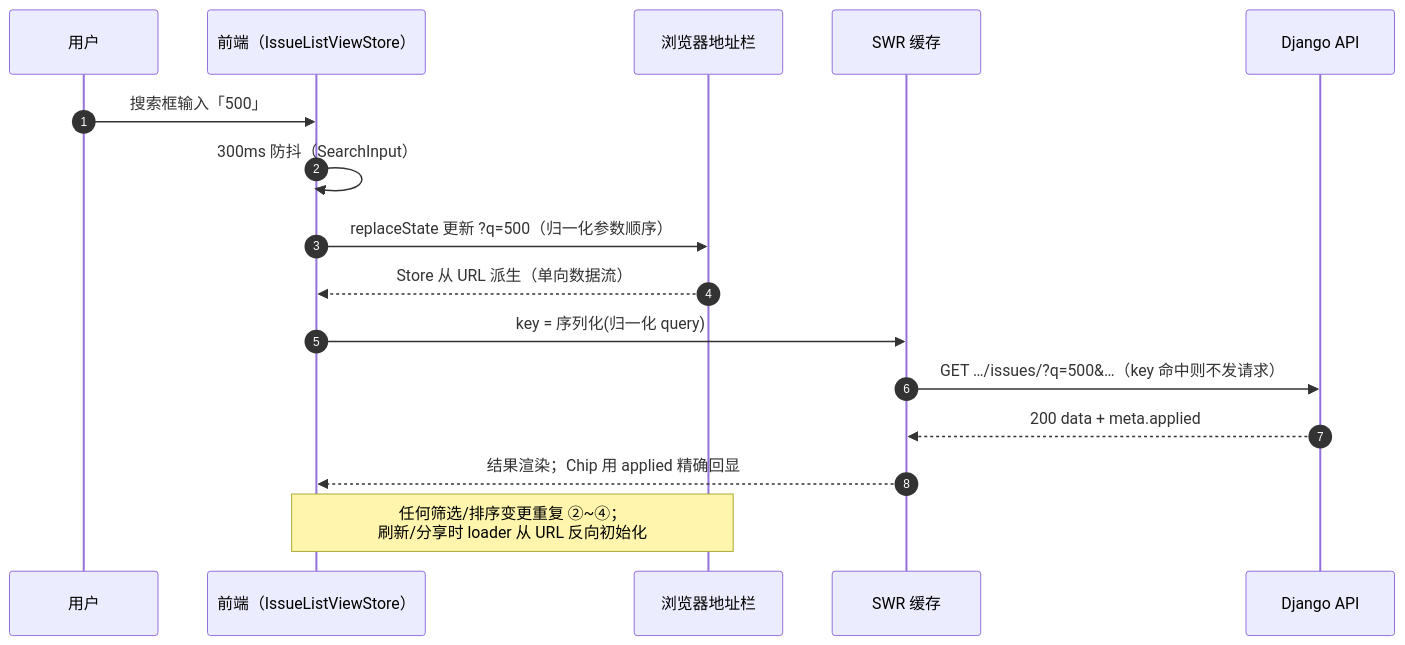
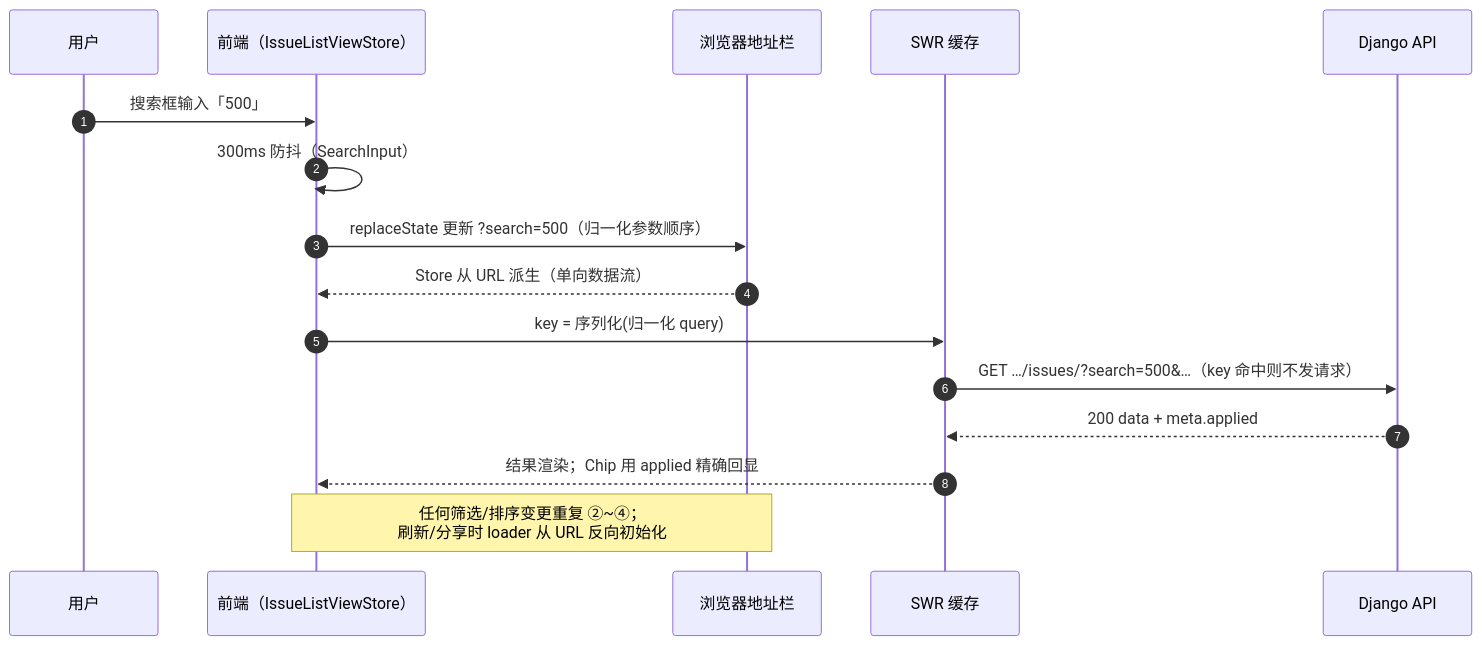
Before and after one commit to RabbitAI-Lab/RabbitProjects: the second of 3 diagrams in docs/sprint-1-mvp/TASK-003-list-filter-sort.md, drawn with Mermaid. The commit also changed other lines of this file and 11 other files, not shown here.

````diff
--- a/docs/sprint-1-mvp/TASK-003-list-filter-sort.md
+++ b/docs/sprint-1-mvp/TASK-003-list-filter-sort.md
@@ -149,19 +149,19 @@
 ```mermaid
 sequenceDiagram
     autonumber
     participant U as 用户
     participant FE as 前端（IssueListViewStore）
     participant URL as 浏览器地址栏
     participant SWR as SWR 缓存
     participant API as Django API
 
     U->>FE: 搜索框输入「500」
     FE->>FE: 300ms 防抖（SearchInput）
-    FE->>URL: replaceState 更新 ?q=500（归一化参数顺序）
+    FE->>URL: replaceState 更新 ?search=500（归一化参数顺序）
     URL-->>FE: Store 从 URL 派生（单向数据流）
     FE->>SWR: key = 序列化(归一化 query)
-    SWR->>API: GET …/issues/?q=500&…（key 命中则不发请求）
+    SWR->>API: GET …/issues/?search=500&…（key 命中则不发请求）
     API-->>SWR: 200 data + meta.applied
     SWR-->>FE: 结果渲染；Chip 用 applied 精确回显
     Note over FE,URL: 任何筛选/排序变更重复 ②~④；<br/>刷新/分享时 loader 从 URL 反向初始化
 ```
````
